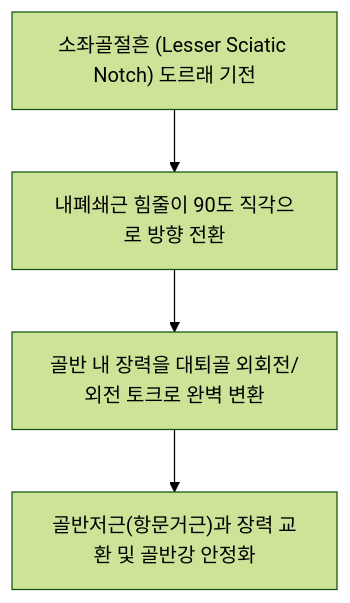
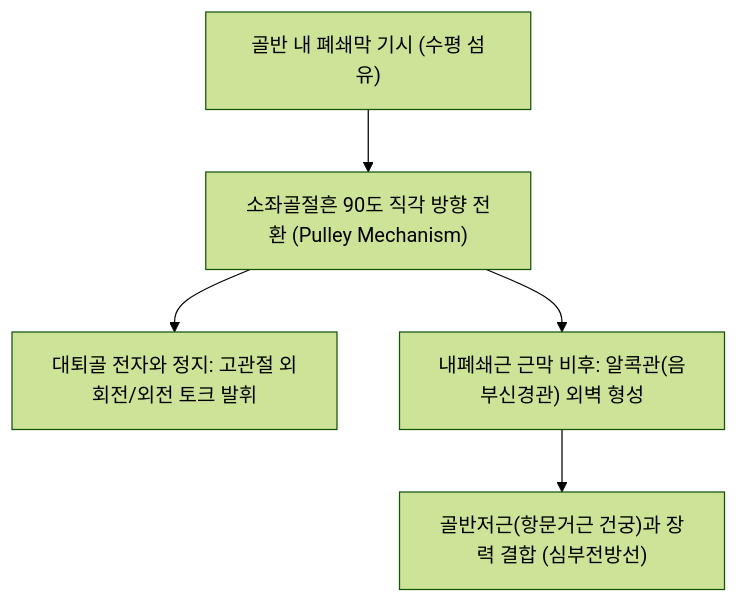
One commit to simbio11/simbio-digital-garden2 changed the diagram in content/1. 근골격계 공부/근육/(10) 둔부/내폐쇄근.md. Above: the diagram before and after it, drawn with Mermaid (forest theme). The commit also changed other lines of this file and 150 other files, not shown here.

````diff
--- a/content/1. 근골격계 공부/근육/(10) 둔부/내폐쇄근.md
+++ b/content/1. 근골격계 공부/근육/(10) 둔부/내폐쇄근.md
@@ -48,6 +54,7 @@
 ```mermaid
 graph TD
-    PulleyMechanism["소좌골절흔 (Lesser Sciatic Notch) 도르래 기전"] --> 90DegreeTurn["내폐쇄근 힘줄이 90도 직각으로 방향 전환"]
-    90DegreeTurn --> VectorChange["골반 내 장력을 대퇴골 외회전/외전 토크로 완벽 변환"]
-    VectorChange --> PelvicFloorSling["골반저근(항문거근)과 장력 교환 및 골반강 안정화"]
+    PelvicOrigin["골반 내 폐쇄막 기시 (수평 섬유)"] --> PulleyTurn["소좌골절흔 90도 직각 방향 전환 (Pulley Mechanism)"]
+    PulleyTurn --> FemurTorque["대퇴골 전자와 정지: 고관절 외회전/외전 토크 발휘"]
+    PulleyTurn --> FasciaConnection["내폐쇄근 근막 비후: 알콕관(음부신경관) 외벽 형성"]
+    FasciaConnection --> DeepFrontLine["골반저근(항문거근 건궁)과 장력 결합 (심부전방선)"]
 ```
````
